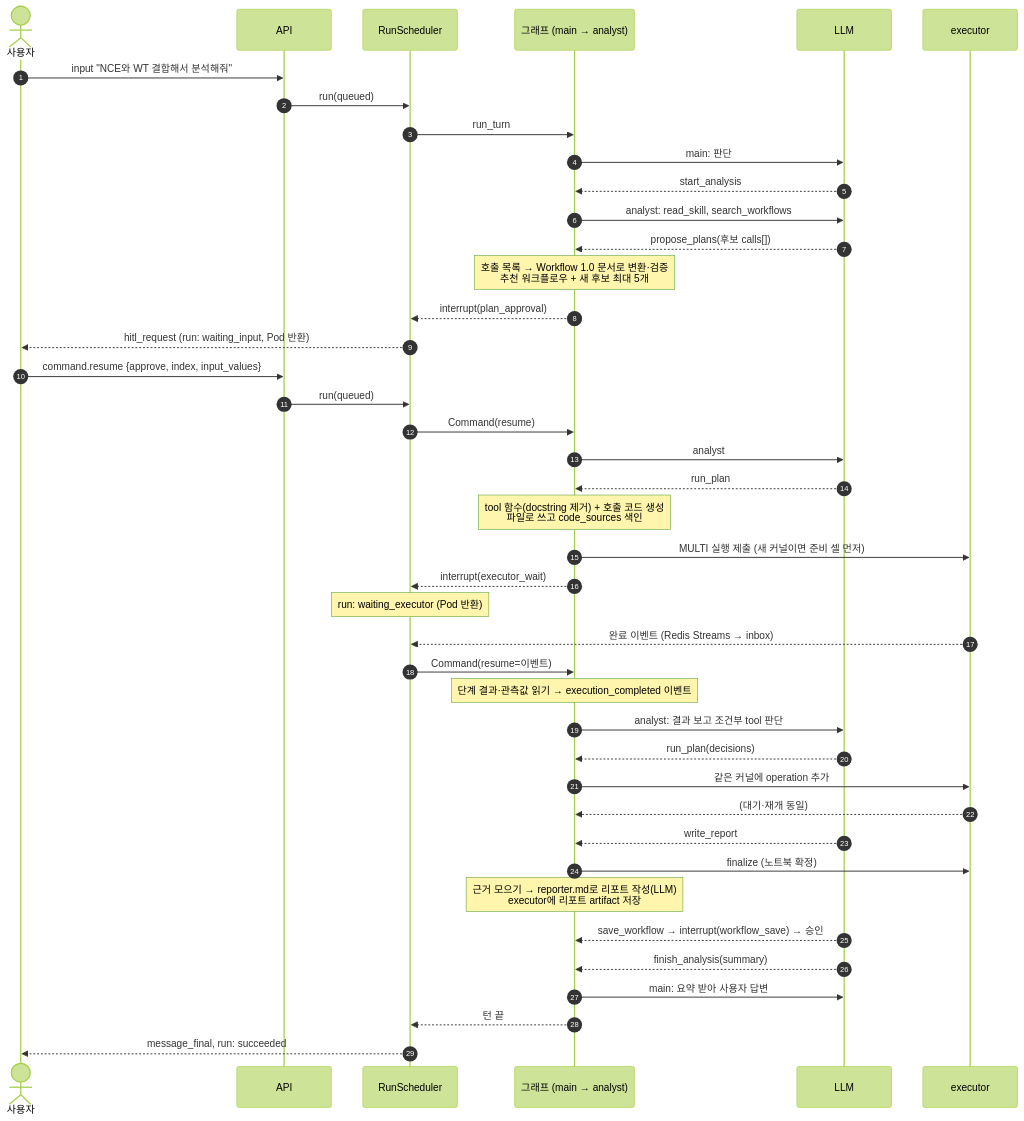
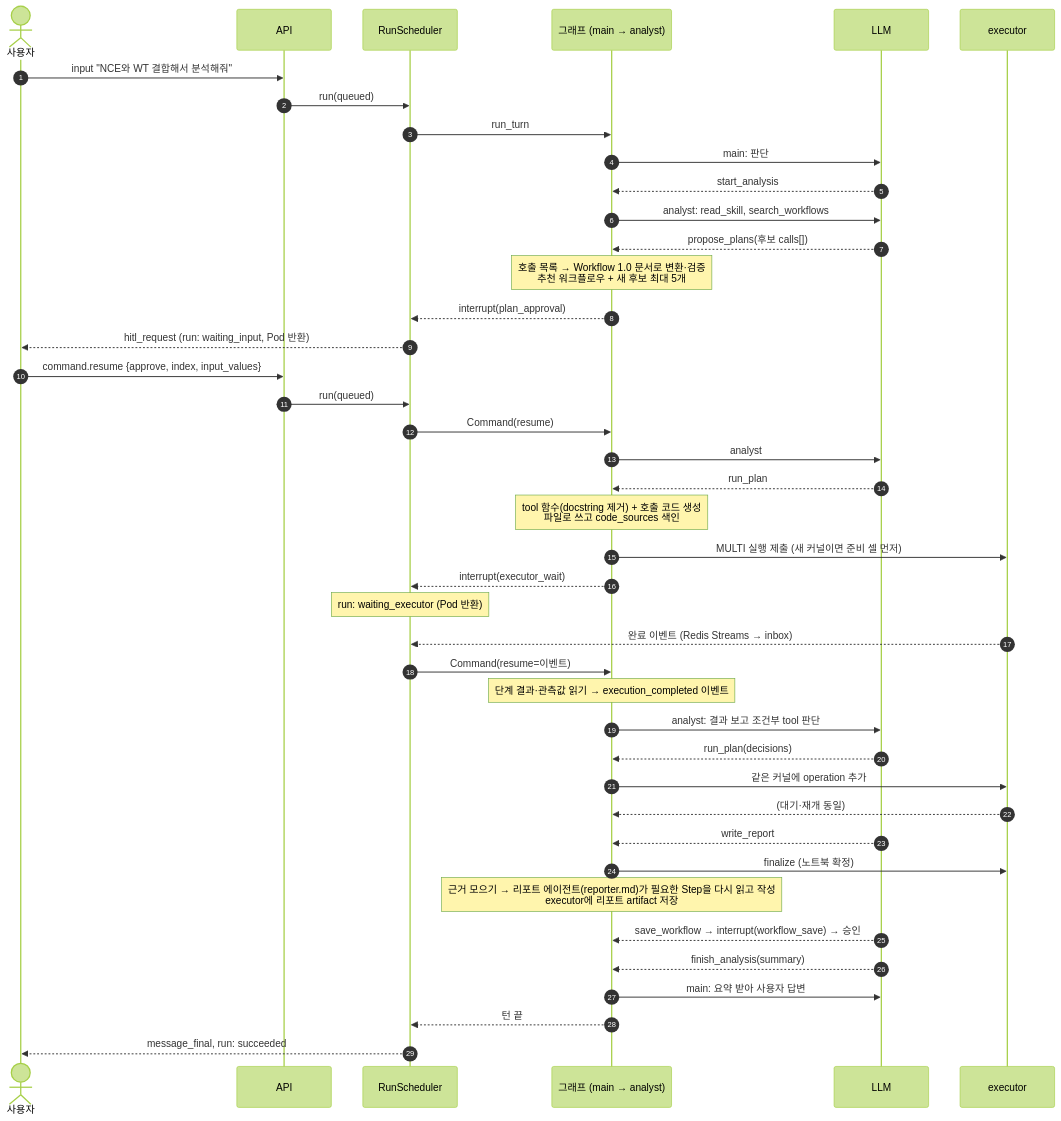
The fourth of 5 diagrams in docs/design/05-agent-architecture.md (KimHwaJin/pr-agentic-service), drawn with Mermaid (forest theme) before and after one commit. The commit also changed other lines of this file and 13 other files, not shown here.

````diff
--- a/docs/design/05-agent-architecture.md
+++ b/docs/design/05-agent-architecture.md
@@ -125,45 +125,45 @@
 ```mermaid
 sequenceDiagram
   autonumber
   actor U as 사용자
   participant API
   participant S as RunScheduler
   participant G as 그래프 (main → analyst)
   participant L as LLM
   participant E as executor
 
   U->>API: input "NCE와 WT 결합해서 분석해줘"
   API->>S: run(queued)
   S->>G: run_turn
   G->>L: main: 판단
   L-->>G: start_analysis
   G->>L: analyst: read_skill, search_workflows
   L-->>G: propose_plans(후보 calls[])
   Note over G: 호출 목록 → Workflow 1.0 문서로 변환·검증<br/>추천 워크플로우 + 새 후보 최대 5개
   G-->>S: interrupt(plan_approval)
   S-->>U: hitl_request (run: waiting_input, Pod 반환)
   U->>API: command.resume {approve, index, input_values}
   API->>S: run(queued)
   S->>G: Command(resume)
   G->>L: analyst
   L-->>G: run_plan
   Note over G: tool 함수(docstring 제거) + 호출 코드 생성<br/>파일로 쓰고 code_sources 색인
   G->>E: MULTI 실행 제출 (새 커널이면 준비 셀 먼저)
   G-->>S: interrupt(executor_wait)
   Note over S: run: waiting_executor (Pod 반환)
   E-->>S: 완료 이벤트 (Redis Streams → inbox)
   S->>G: Command(resume=이벤트)
   Note over G: 단계 결과·관측값 읽기 → execution_completed 이벤트
   G->>L: analyst: 결과 보고 조건부 tool 판단
   L-->>G: run_plan(decisions)
   G->>E: 같은 커널에 operation 추가
   E-->>G: (대기·재개 동일)
   L-->>G: write_report
   G->>E: finalize (노트북 확정)
-  Note over G: 근거 모으기 → reporter.md로 리포트 작성(LLM)<br/>executor에 리포트 artifact 저장
+  Note over G: 근거 모으기 → 리포트 에이전트(reporter.md)가 필요한 Step을 다시 읽고 작성<br/>executor에 리포트 artifact 저장
   L-->>G: save_workflow → interrupt(workflow_save) → 승인
   L-->>G: finish_analysis(summary)
   G->>L: main: 요약 받아 사용자 답변
   G-->>S: 턴 끝
   S-->>U: message_final, run: succeeded
 ```
````
